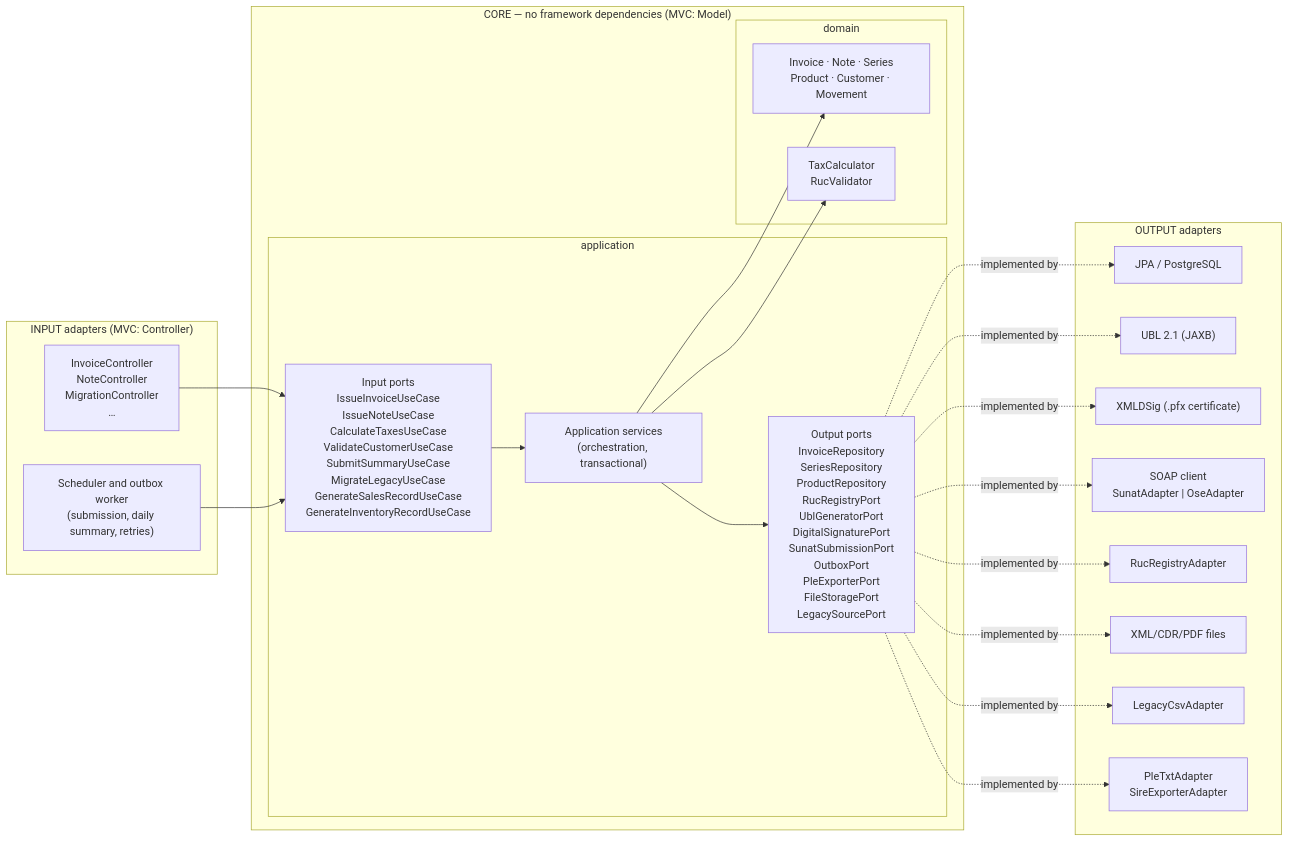
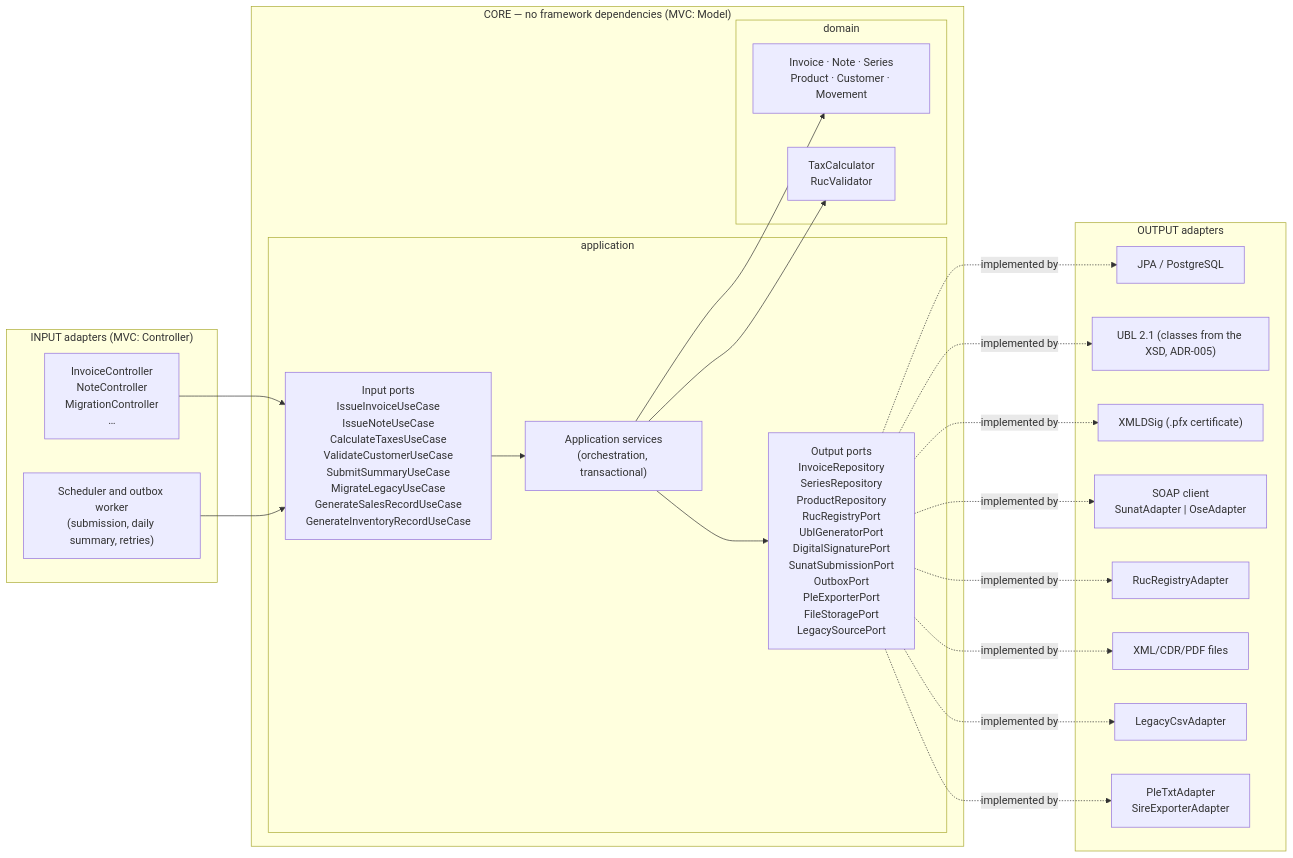
One commit to crissdav/medio-curso-davila changed the third of 5 diagrams in docs/03-architecture.md. Above: the diagram before and after it, drawn with Mermaid. The commit also changed 37 other files, not shown here.

````diff
--- a/docs/03-architecture.md
+++ b/docs/03-architecture.md
@@ -81,44 +81,44 @@
 ```mermaid
 flowchart LR
     subgraph IN["INPUT adapters (MVC: Controller)"]
         rest["InvoiceController<br/>NoteController<br/>MigrationController<br/>…"]
         sched["Scheduler and outbox worker<br/>(submission, daily summary, retries)"]
     end
 
     subgraph CORE["CORE — no framework dependencies (MVC: Model)"]
         subgraph APP["application"]
             pin["Input ports<br/>IssueInvoiceUseCase<br/>IssueNoteUseCase<br/>CalculateTaxesUseCase<br/>ValidateCustomerUseCase<br/>SubmitSummaryUseCase<br/>MigrateLegacyUseCase<br/>GenerateSalesRecordUseCase<br/>GenerateInventoryRecordUseCase"]
             svc["Application services<br/>(orchestration, transactional)"]
             pout["Output ports<br/>InvoiceRepository<br/>SeriesRepository<br/>ProductRepository<br/>RucRegistryPort<br/>UblGeneratorPort<br/>DigitalSignaturePort<br/>SunatSubmissionPort<br/>OutboxPort<br/>PleExporterPort<br/>FileStoragePort<br/>LegacySourcePort"]
         end
         subgraph DOM["domain"]
             ent["Invoice · Note · Series<br/>Product · Customer · Movement"]
             ds["TaxCalculator<br/>RucValidator"]
         end
         pin --> svc --> ent
         svc --> ds
         svc --> pout
     end
 
     subgraph OUT["OUTPUT adapters"]
         jpa["JPA / PostgreSQL"]
-        ubl["UBL 2.1 (JAXB)"]
+        ubl["UBL 2.1 (classes from the XSD, ADR-005)"]
         sig["XMLDSig (.pfx certificate)"]
         soap["SOAP client<br/>SunatAdapter | OseAdapter"]
         reg["RucRegistryAdapter"]
         fs["XML/CDR/PDF files"]
         leg["LegacyCsvAdapter"]
         ple["PleTxtAdapter<br/>SireExporterAdapter"]
     end
 
     rest --> pin
     sched --> pin
     pout -. implemented by .-> jpa
     pout -. implemented by .-> ubl
     pout -. implemented by .-> sig
     pout -. implemented by .-> soap
     pout -. implemented by .-> reg
     pout -. implemented by .-> fs
     pout -. implemented by .-> leg
     pout -. implemented by .-> ple
 ```
````
